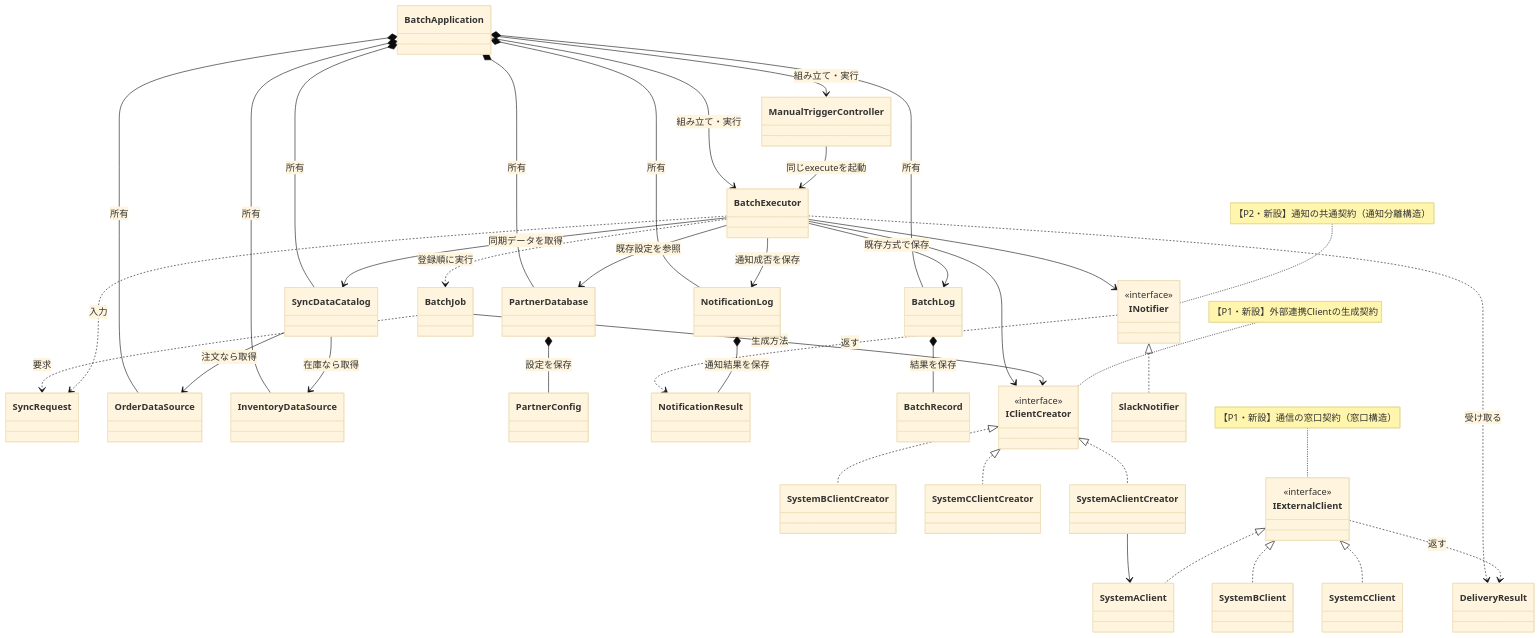
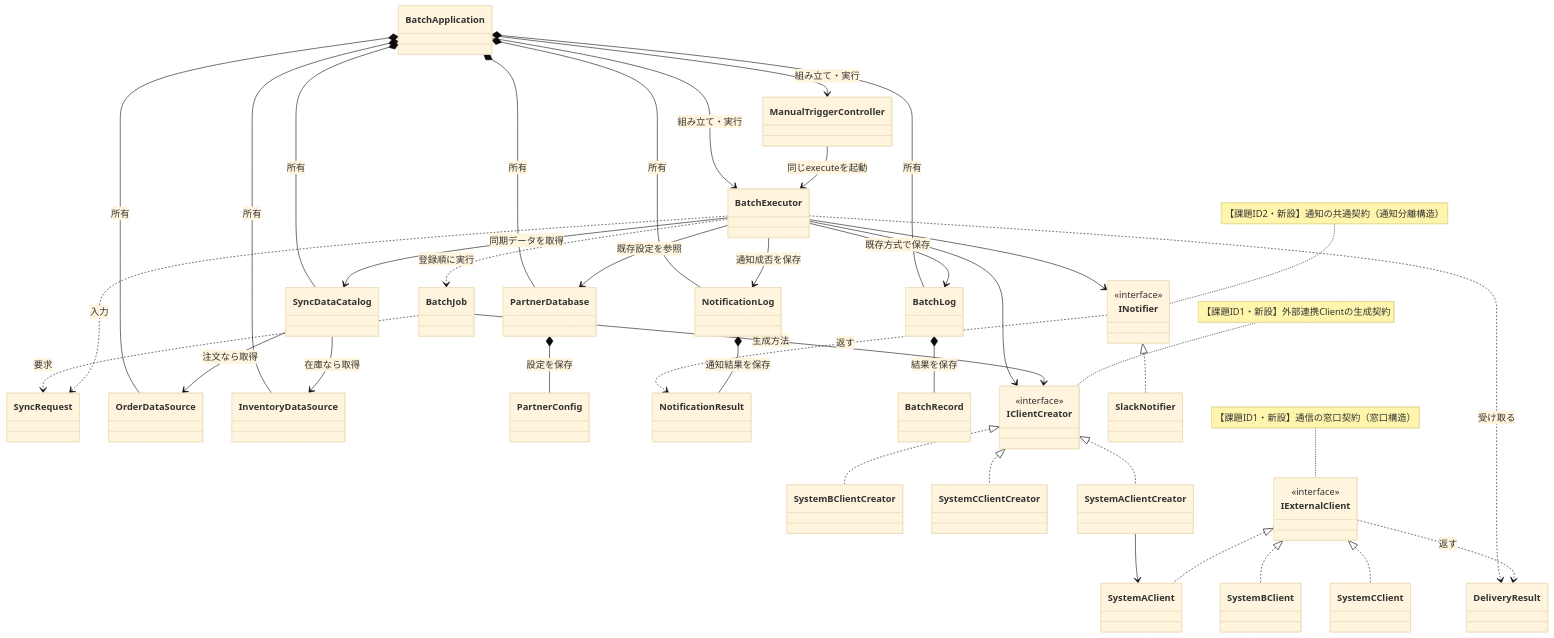
Before and after one commit to kumachan1101-pixel/DesignPattern: the ninth of 14 diagrams in kindle/design-patterns/output/chapter10.md, drawn with Mermaid (base theme). The commit also changed other lines of this file and 43 other files, not shown here.

````diff
--- a/kindle/design-patterns/output/chapter10.md
+++ b/kindle/design-patterns/output/chapter10.md
@@ -1309,72 +1347,72 @@
 ```mermaid
 classDiagram
     class SyncRequest
     class OrderDataSource
     class InventoryDataSource
     class SyncDataCatalog
     class PartnerConfig
     class PartnerDatabase
     class DeliveryResult
     class NotificationResult
     class NotificationLog
     class BatchRecord
     class BatchLog
     class BatchApplication
     class ManualTriggerController
     class BatchJob
     class SystemBClient
     class SystemCClient
     class SystemBClientCreator
     class SystemCClientCreator
     class BatchExecutor
     class IExternalClient { <<interface>> }
     class IClientCreator { <<interface>> }
     class INotifier { <<interface>> }
     class SystemAClientCreator
     class SystemAClient
     class SlackNotifier
     SyncDataCatalog --> OrderDataSource : 注文なら取得
     SyncDataCatalog --> InventoryDataSource : 在庫なら取得
     BatchExecutor ..> SyncRequest : 入力
     BatchExecutor ..> BatchJob : 登録順に実行
     BatchJob --> IClientCreator : 生成方法
     BatchJob ..> SyncRequest : 要求
     BatchExecutor --> SyncDataCatalog : 同期データを取得
     ManualTriggerController --> BatchExecutor : 同じexecuteを起動
     BatchExecutor --> IClientCreator
     BatchExecutor --> INotifier
     IClientCreator <|.. SystemAClientCreator
     IExternalClient <|.. SystemAClient
     SystemAClientCreator --> SystemAClient
     INotifier <|.. SlackNotifier
     IExternalClient <|.. SystemBClient
     IExternalClient <|.. SystemCClient
     IClientCreator <|.. SystemBClientCreator
     IClientCreator <|.. SystemCClientCreator
     PartnerDatabase *-- PartnerConfig : 設定を保存
     BatchLog *-- BatchRecord : 結果を保存
     NotificationLog *-- NotificationResult : 通知結果を保存
     INotifier ..> NotificationResult : 返す
     IExternalClient ..> DeliveryResult : 返す
     BatchExecutor ..> DeliveryResult : 受け取る
     BatchExecutor --> PartnerDatabase : 既存設定を参照
     BatchExecutor --> BatchLog : 既存方式で保存
     BatchExecutor --> NotificationLog : 通知成否を保存
     BatchApplication *-- PartnerDatabase : 所有
     BatchApplication *-- BatchLog : 所有
     BatchApplication *-- NotificationLog : 所有
     BatchApplication *-- OrderDataSource : 所有
     BatchApplication *-- InventoryDataSource : 所有
     BatchApplication *-- SyncDataCatalog : 所有
     BatchApplication --> BatchExecutor : 組み立て・実行
     BatchApplication --> ManualTriggerController : 組み立て・実行
 
-    note for IExternalClient "【P1・新設】通信の窓口契約（窓口構造）"
-    note for INotifier "【P2・新設】通知の共通契約（通知分離構造）"
-    note for IClientCreator "【P1・新設】外部連携Clientの生成契約"
+    note for IExternalClient "【課題ID1・新設】通信の窓口契約（窓口構造）"
+    note for INotifier "【課題ID2・新設】通知の共通契約（通知分離構造）"
+    note for IClientCreator "【課題ID1・新設】外部連携Clientの生成契約"
 
     classDef focus fill:#FFF2CC,stroke:#D6B656,stroke-width:2px,color:#222222
     classDef stable fill:#E0F7FA,stroke:#0891B2,stroke-width:2px,color:#222222
     cssClass "IExternalClient,SystemAClient,INotifier,SlackNotifier,IClientCreator,SystemAClientCreator,NotificationResult,NotificationLog" focus
     cssClass "SyncRequest,OrderDataSource,InventoryDataSource,SyncDataCatalog,PartnerConfig,PartnerDatabase,DeliveryResult,BatchRecord,BatchLog" stable
 ```
````
